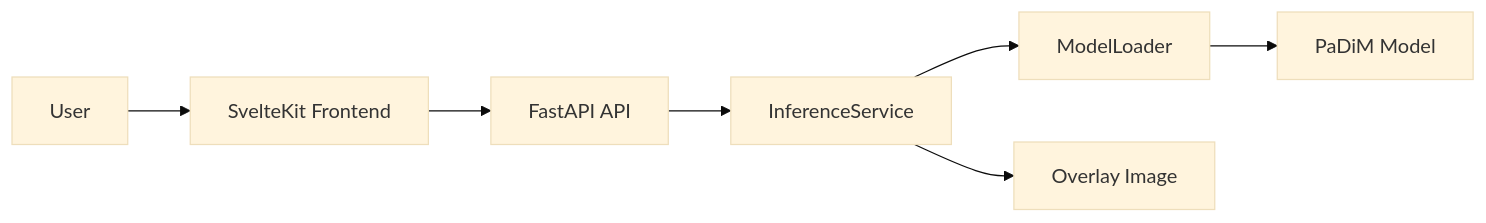
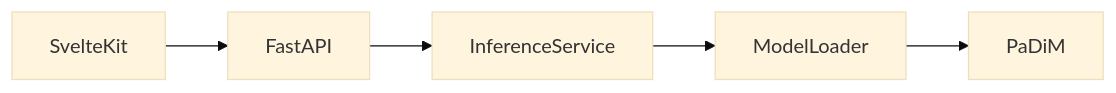
One commit to KensukeOta/VisionInspector changed the diagram in README.md. Above: the diagram before and after it, drawn with Mermaid (base theme). The commit also changed other lines of this file, not shown here.

````diff
--- a/README.md
+++ b/README.md
@@ -59,17 +32,18 @@
 ```mermaid
 flowchart LR
-    User["User"]
-    Frontend["SvelteKit Frontend"]
-    API["FastAPI API"]
-    Service["InferenceService"]
-    Loader["ModelLoader"]
-    Model["PaDiM Model"]
-    Output["Overlay Image"]
 
-    User --> Frontend
-    Frontend --> API
-    API --> Service
-    Service --> Loader
-    Loader --> Model
-    Service --> Output
+Frontend[SvelteKit]
+
+Backend[FastAPI]
+
+Service[InferenceService]
+
+Loader[ModelLoader]
+
+Model[PaDiM]
+
+Frontend --> Backend
+Backend --> Service
+Service --> Loader
+Loader --> Model
 ```
````
